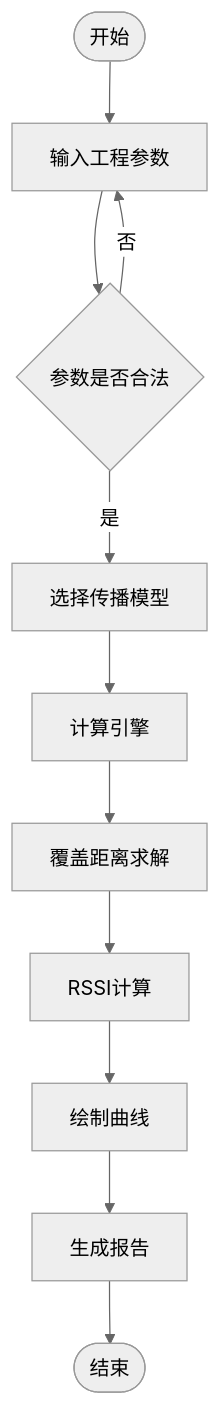
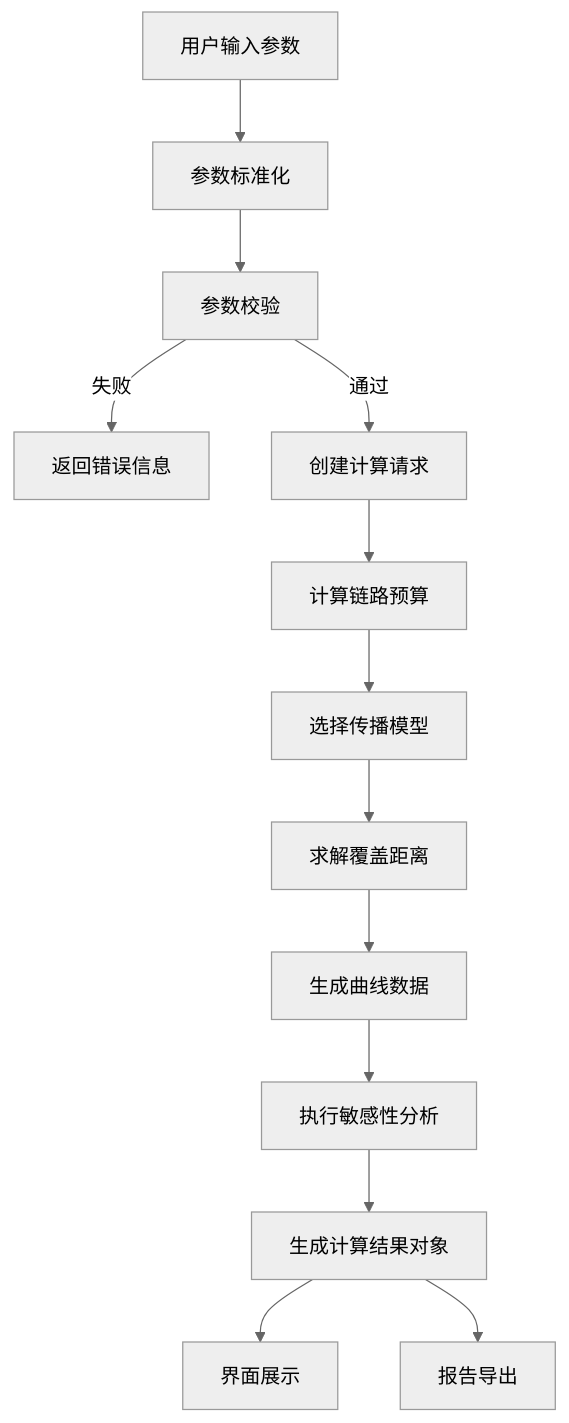
One commit to yanwx54/RT-TETRA-Cover-Studio changed the second of 2 diagrams in docs/02_系统总体设计.md. Above: the diagram before and after it, drawn with Mermaid (neutral theme). The commit also changed other lines of this file and 12 other files, not shown here.

````diff
--- a/docs/02_系统总体设计.md
+++ b/docs/02_系统总体设计.md
@@ -314,43 +433,15 @@
 ```mermaid
 flowchart TD
-
-START([开始])
-
-INPUT["输入工程参数"]
-
-CHECK{"参数是否合法"}
-
-MODEL["选择传播模型"]
-
-ENGINE["计算引擎"]
-
-DISTANCE["覆盖距离求解"]
-
-RSSI["RSSI计算"]
-
-CHART["绘制曲线"]
-
-REPORT["生成报告"]
-
-END([结束])
-
-START --> INPUT
-
-INPUT --> CHECK
-
-CHECK -- 否 --> INPUT
-
-CHECK -- 是 --> MODEL
-
-MODEL --> ENGINE
-
-ENGINE --> DISTANCE
-
-DISTANCE --> RSSI
-
-RSSI --> CHART
-
-CHART --> REPORT
-
-REPORT --> END
+    A["用户输入参数"] --> B["参数标准化"]
+    B --> C["参数校验"]
+    C -->|失败| D["返回错误信息"]
+    C -->|通过| E["创建计算请求"]
+    E --> F["计算链路预算"]
+    F --> G["选择传播模型"]
+    G --> H["求解覆盖距离"]
+    H --> I["生成曲线数据"]
+    I --> J["执行敏感性分析"]
+    J --> K["生成计算结果对象"]
+    K --> L["界面展示"]
+    K --> M["报告导出"]
 ```
````
